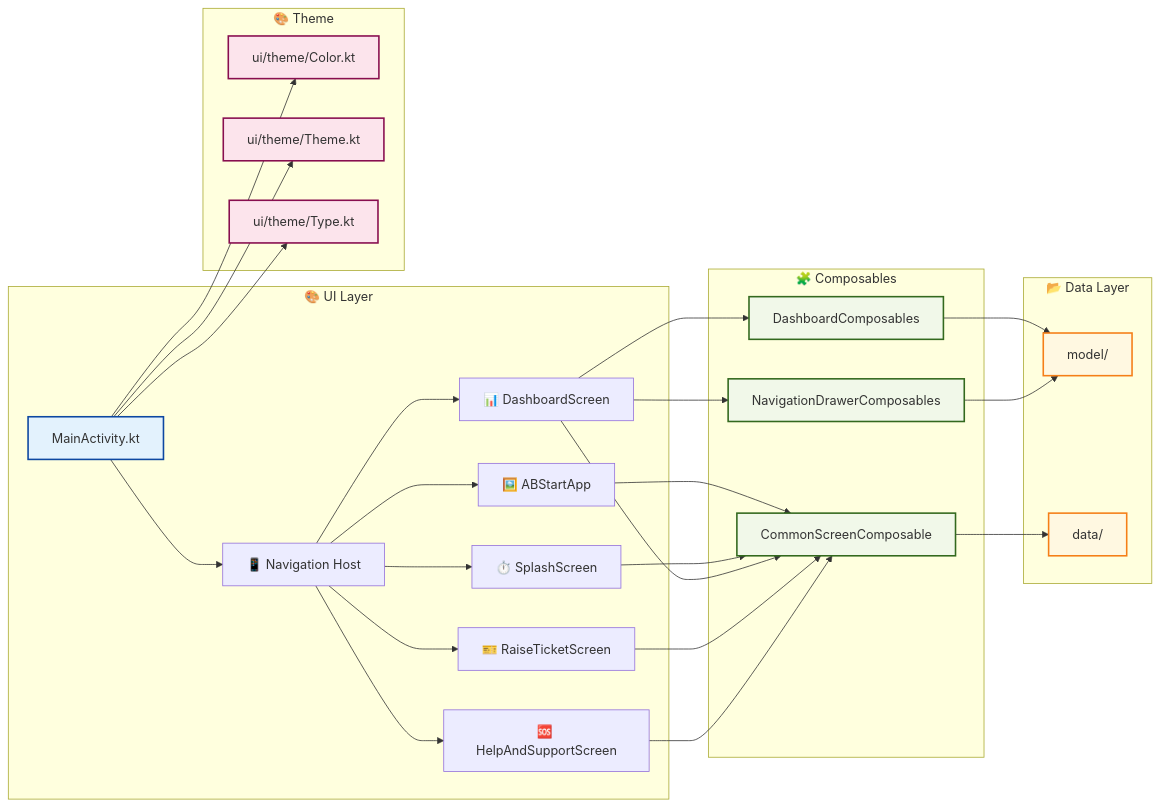
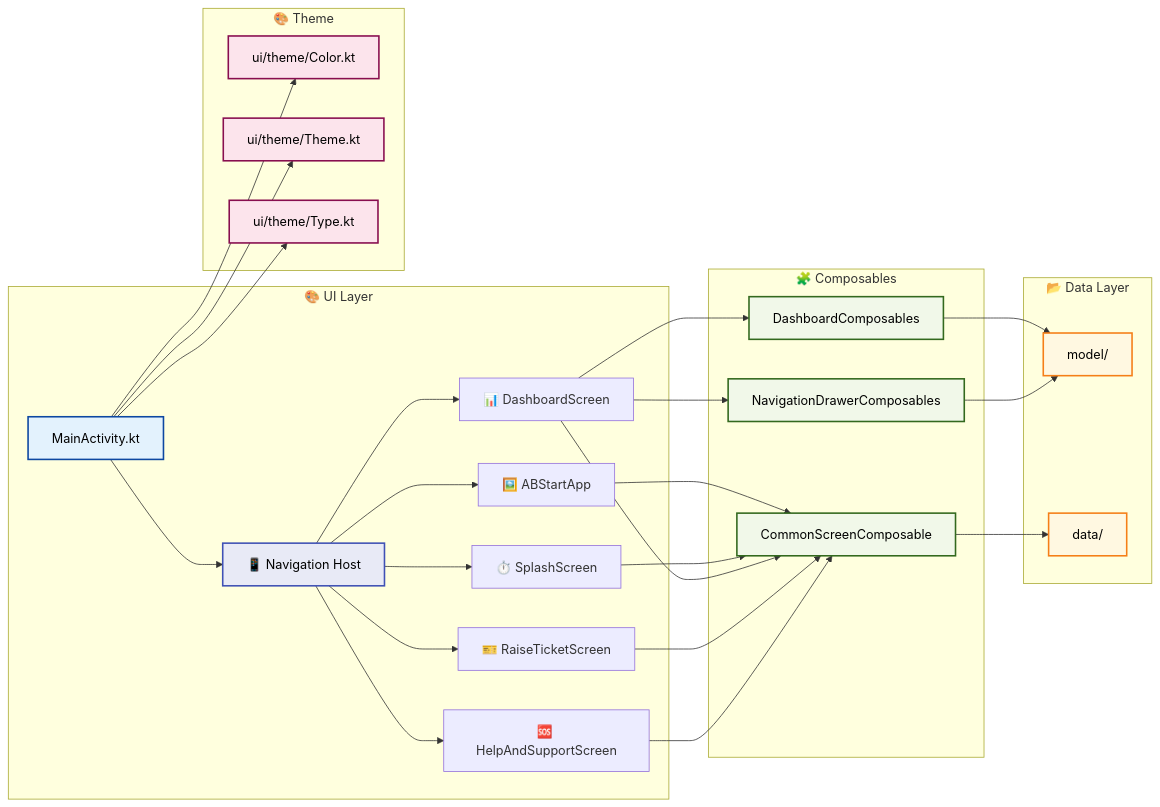
The second of 4 diagrams in README.md (deshkaustubh/Internship1Project), drawn with Mermaid before and after one commit. The commit also changed other lines of this file, not shown here.

````diff
--- a/README.md
+++ b/README.md
@@ -159,54 +161,56 @@
 ```mermaid
 graph LR
     subgraph "🎨 UI Layer"
         A[MainActivity.kt] --> B[📱 Navigation Host]
         B --> C[🖼️ ABStartApp]
         B --> D[⏱️ SplashScreen]
         B --> E[📊 DashboardScreen]
         B --> F[🎫 RaiseTicketScreen]
         B --> G[🆘 HelpAndSupportScreen]
     end
     
     subgraph "🧩 Composables"
         H[CommonScreenComposable]
         I[DashboardComposables]
         J[NavigationDrawerComposables]
     end
     
     subgraph "📂 Data Layer"
         K[model/]
         L[data/]
     end
     
     subgraph "🎨 Theme"
         M[ui/theme/Color.kt]
         N[ui/theme/Theme.kt]
         O[ui/theme/Type.kt]
     end
     
     E --> I
     E --> J
     C --> H
     D --> H
     E --> H
     F --> H
     G --> H
     
     I --> K
     J --> K
     H --> L
     
     A --> M
     A --> N
     A --> O
     
-    classDef mainActivity fill:#e3f2fd,stroke:#0d47a1,stroke-width:2px
-    classDef composables fill:#f1f8e9,stroke:#33691e,stroke-width:2px
-    classDef dataLayer fill:#fff8e1,stroke:#f57f17,stroke-width:2px
-    classDef theme fill:#fce4ec,stroke:#880e4f,stroke-width:2px
+    classDef mainActivity fill:#e3f2fd,stroke:#0d47a1,stroke-width:2px,color:#000
+    classDef navigation fill:#e8eaf6,stroke:#3f51b5,stroke-width:2px,color:#000
+    classDef composables fill:#f1f8e9,stroke:#33691e,stroke-width:2px,color:#000
+    classDef dataLayer fill:#fff8e1,stroke:#f57f17,stroke-width:2px,color:#000
+    classDef theme fill:#fce4ec,stroke:#880e4f,stroke-width:2px,color:#000
     
     class A mainActivity
+    class B navigation
     class H,I,J composables
     class K,L dataLayer
     class M,N,O theme
 ```
````
